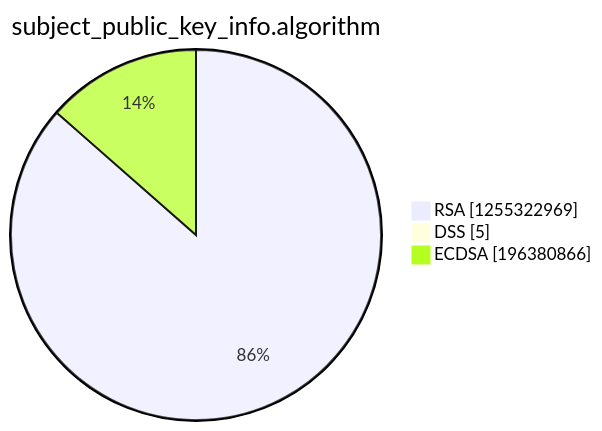
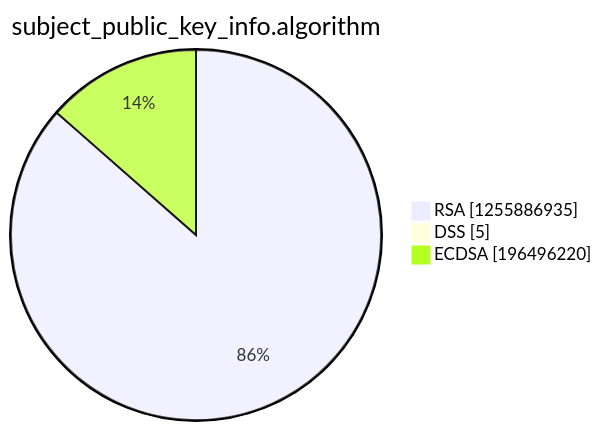
Before and after one commit to christiankrug/ctmonitor_visualization: the third of 15 diagrams in argon2022/README.md, drawn with Mermaid. The commit also changed other lines of this file, not shown here.

````diff
--- a/argon2022/README.md
+++ b/argon2022/README.md
@@ -14,7 +14,7 @@
 ```mermaid
 pie showData
 title subject_public_key_info.algorithm
-"RSA" :1255322969
+"RSA" :1255886935
 "DSS" :5
-"ECDSA" :196380866
+"ECDSA" :196496220
 ```
````
